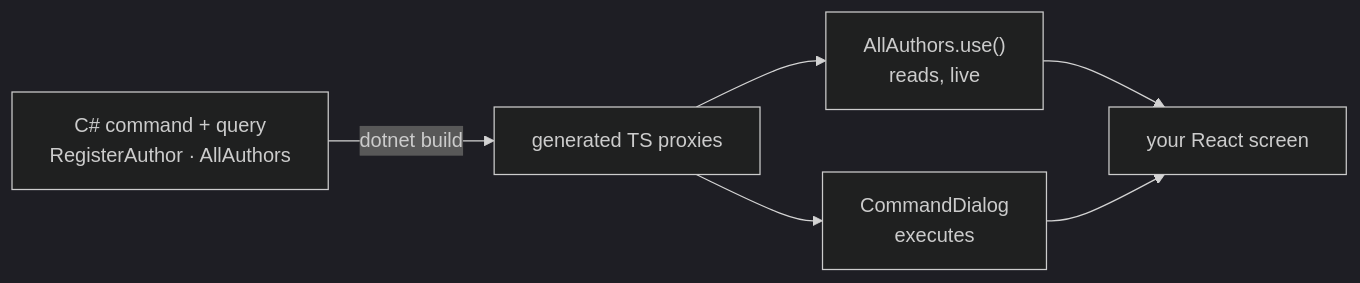
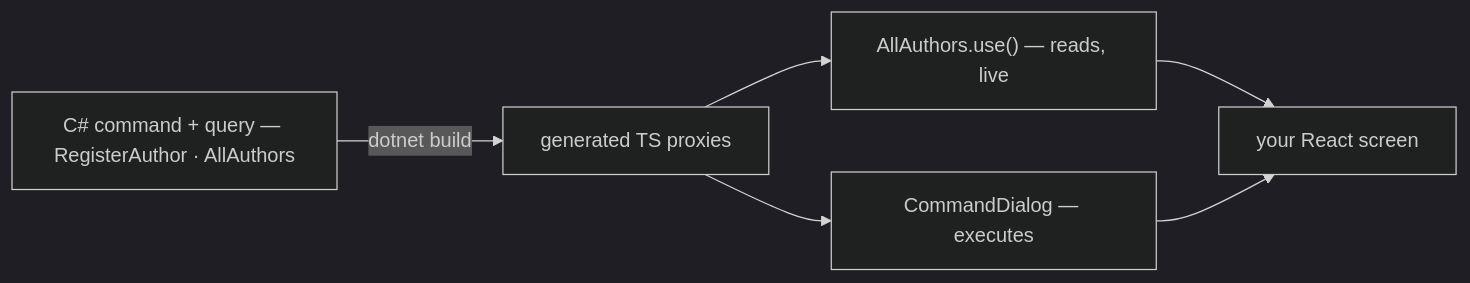
One commit to Cratis/Arc changed the diagram in Documentation/frontend/getting-started.mdx. Above: the diagram before and after it, drawn with Mermaid (dark theme). The commit also changed 16 other files, not shown here.

````diff
--- a/Documentation/frontend/getting-started.mdx
+++ b/Documentation/frontend/getting-started.mdx
@@ -22,8 +22,8 @@
 ```mermaid
 flowchart LR
-    Cmd["C# command + query<br/>RegisterAuthor · AllAuthors"] -->|dotnet build| Proxy["generated TS proxies"]
-    Proxy --> Q["AllAuthors.use()<br/>reads, live"]
-    Proxy --> X["CommandDialog<br/>executes"]
+    Cmd["C# command + query — RegisterAuthor · AllAuthors"] -->|dotnet build| Proxy["generated TS proxies"]
+    Proxy --> Q["AllAuthors.use() — reads, live"]
+    Proxy --> X["CommandDialog — executes"]
     Q --> UI["your React screen"]
     X --> UI
 ```
````
